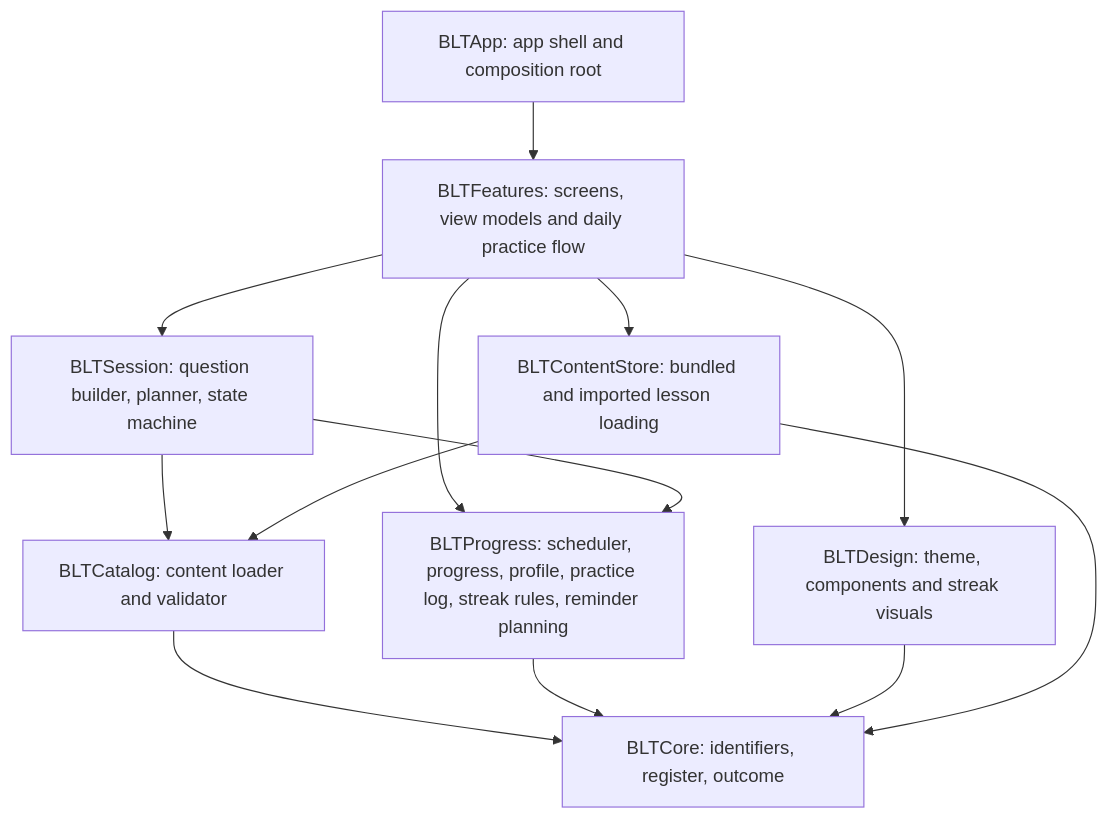
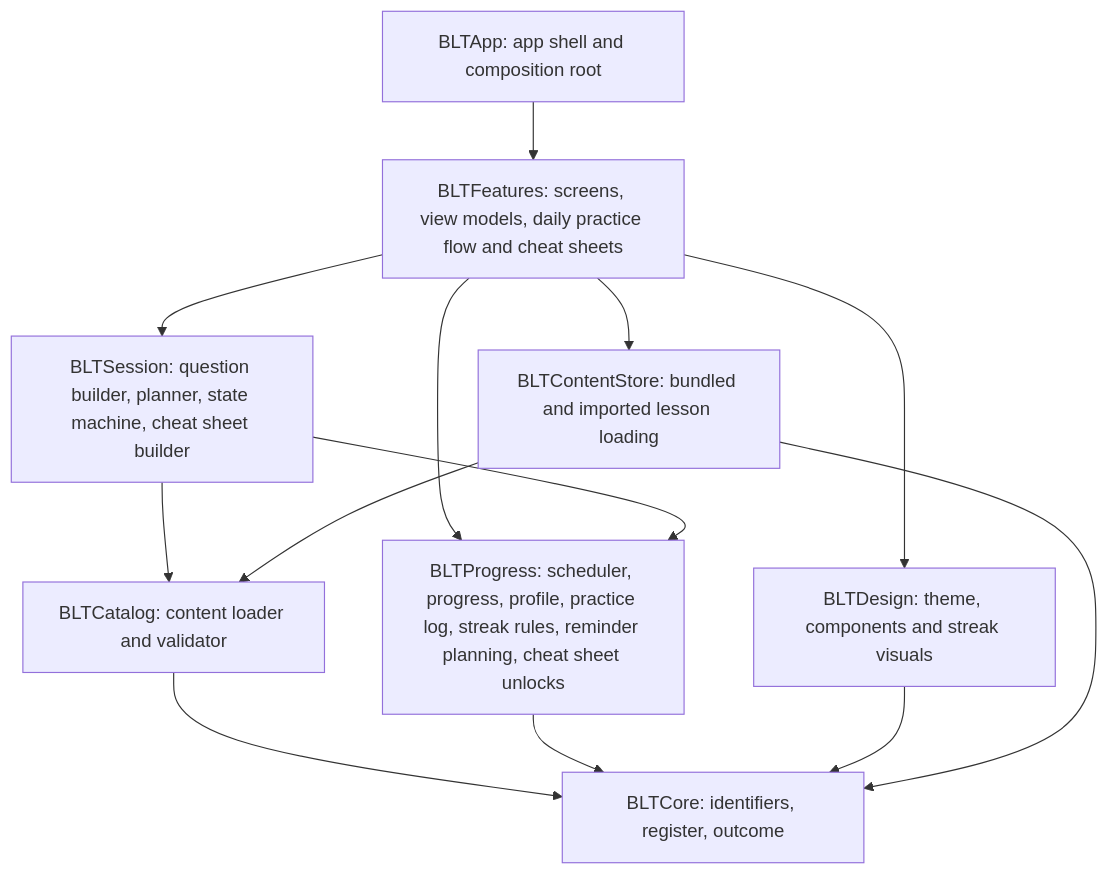
Before and after one commit to darshan-r27/blt.ai: the diagram in README.md, drawn with Mermaid. The commit also changed other lines of this file and 48 other files, not shown here.

First line of the commit message:
Cheat sheets: a revision word list for each finished topic (v0.5.0) (#47)

````diff
--- a/README.md
+++ b/README.md
@@ -75,15 +78,15 @@
 ```mermaid
 graph TD
     App[BLTApp: app shell and composition root] --> Features
-    Features[BLTFeatures: screens, view models and daily practice flow] --> Session
+    Features[BLTFeatures: screens, view models, daily practice flow and cheat sheets] --> Session
     Features --> Design[BLTDesign: theme, components and streak visuals]
     Features --> ContentStore[BLTContentStore: bundled and imported lesson loading]
     Features --> Progress
-    Session[BLTSession: question builder, planner, state machine] --> Catalog
-    Session --> Progress[BLTProgress: scheduler, progress, profile, practice log, streak rules, reminder planning]
+    Session[BLTSession: question builder, planner, state machine, cheat sheet builder] --> Catalog
+    Session --> Progress[BLTProgress: scheduler, progress, profile, practice log, streak rules, reminder planning, cheat sheet unlocks]
     ContentStore --> Catalog
     Catalog[BLTCatalog: content loader and validator] --> Core
     Progress --> Core[BLTCore: identifiers, register, outcome]
     Design --> Core
     ContentStore --> Core
 ```
````
